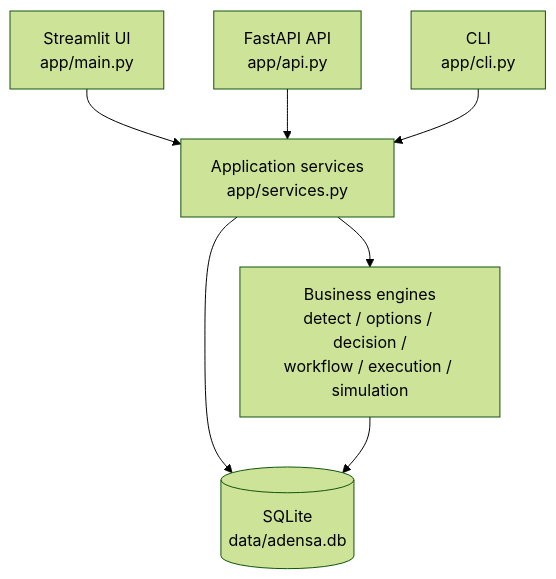
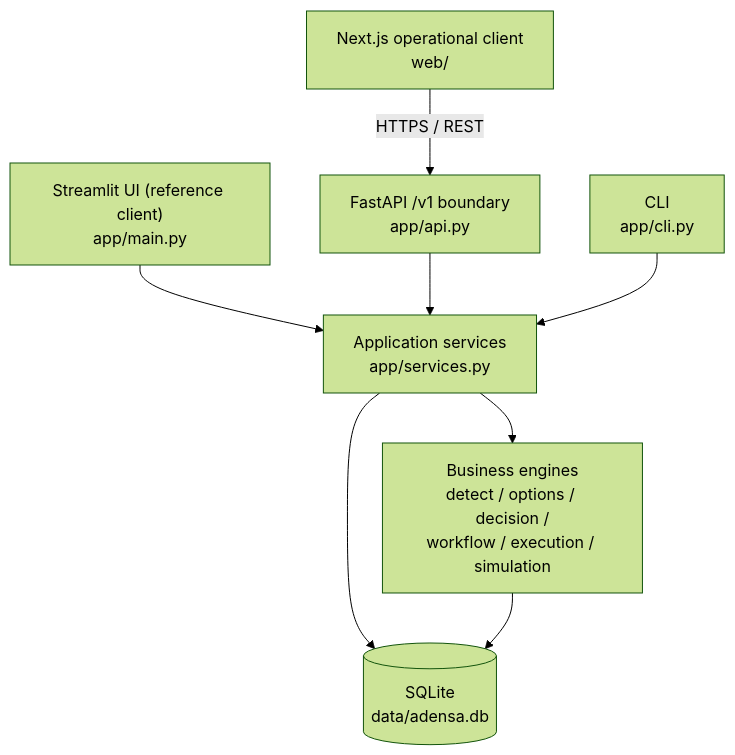
The diagram in README.md (Selaseyjr/adensa-digital), drawn with Mermaid (forest theme) before and after one commit. The commit also changed other lines of this file and 37 other files, not shown here.

Commit message:
feat: establish nextjs operational client

````diff
--- a/README.md
+++ b/README.md
@@ -45,10 +45,11 @@
 ```mermaid
 flowchart TD
-    UI["Streamlit UI<br/>app/main.py"] --> SVC
-    API["FastAPI API<br/>app/api.py"] --> SVC
+    WEB["Next.js operational client<br/>web/"] -->|"HTTPS / REST"| API
+    UI["Streamlit UI (reference client)<br/>app/main.py"] --> SVC
+    API["FastAPI /v1 boundary<br/>app/api.py"] --> SVC
     CLI["CLI<br/>app/cli.py"] --> SVC
     SVC["Application services<br/>app/services.py"] --> ENG["Business engines<br/>detect / options / decision /<br/>workflow / execution / simulation"]
     SVC --> REPO["Repositories<br/>app/repositories/*"]
     ENG --> REPO
     REPO[("SQLite<br/>data/adensa.db")]
 ```
````
